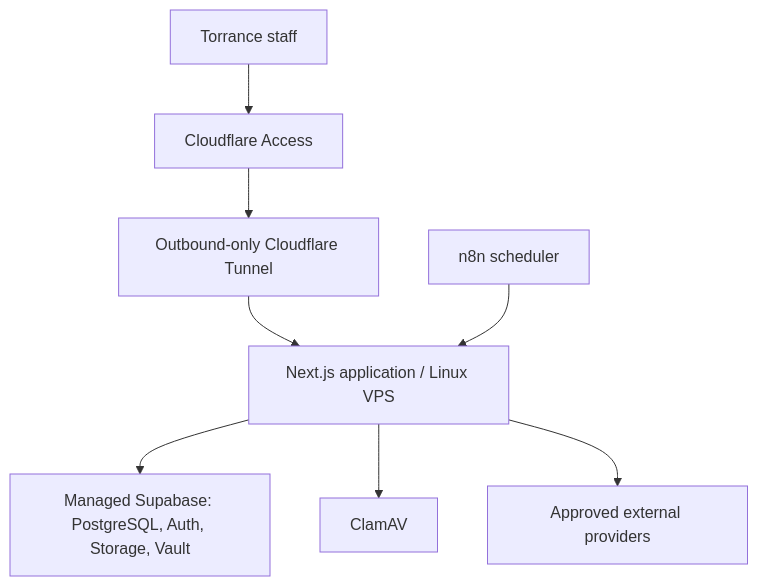
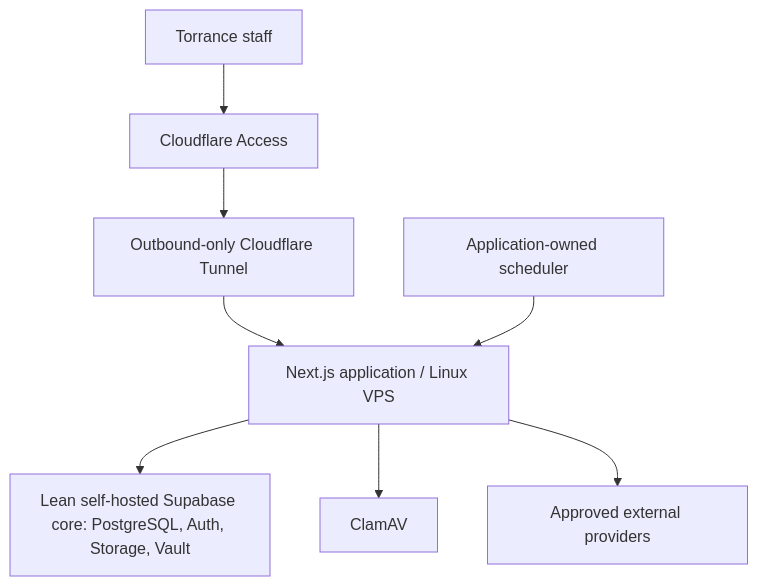
One commit to catsplat/Torrance-Yachts changed the first of 2 diagrams in docs/deployment.md. Above: the diagram before and after it, drawn with Mermaid. The commit also changed other lines of this file and 26 other files, not shown here.

````diff
--- a/docs/deployment.md
+++ b/docs/deployment.md
@@ -7,10 +7,10 @@
 ```mermaid
 flowchart TD
   U["Torrance staff"] --> A["Cloudflare Access"]
   A --> T["Outbound-only Cloudflare Tunnel"]
   T --> APP["Next.js application / Linux VPS"]
-  APP --> DB["Managed Supabase: PostgreSQL, Auth, Storage, Vault"]
-  N["n8n scheduler"] --> APP
+  APP --> DB["Lean self-hosted Supabase core: PostgreSQL, Auth, Storage, Vault"]
+  W["Application-owned scheduler"] --> APP
   APP --> C["ClamAV"]
   APP --> G["Approved external providers"]
 ```
````
